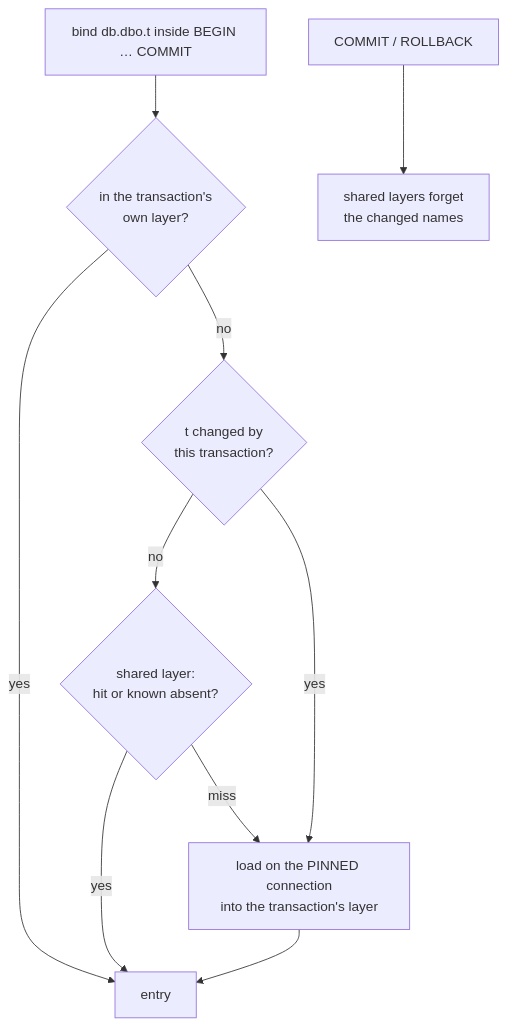
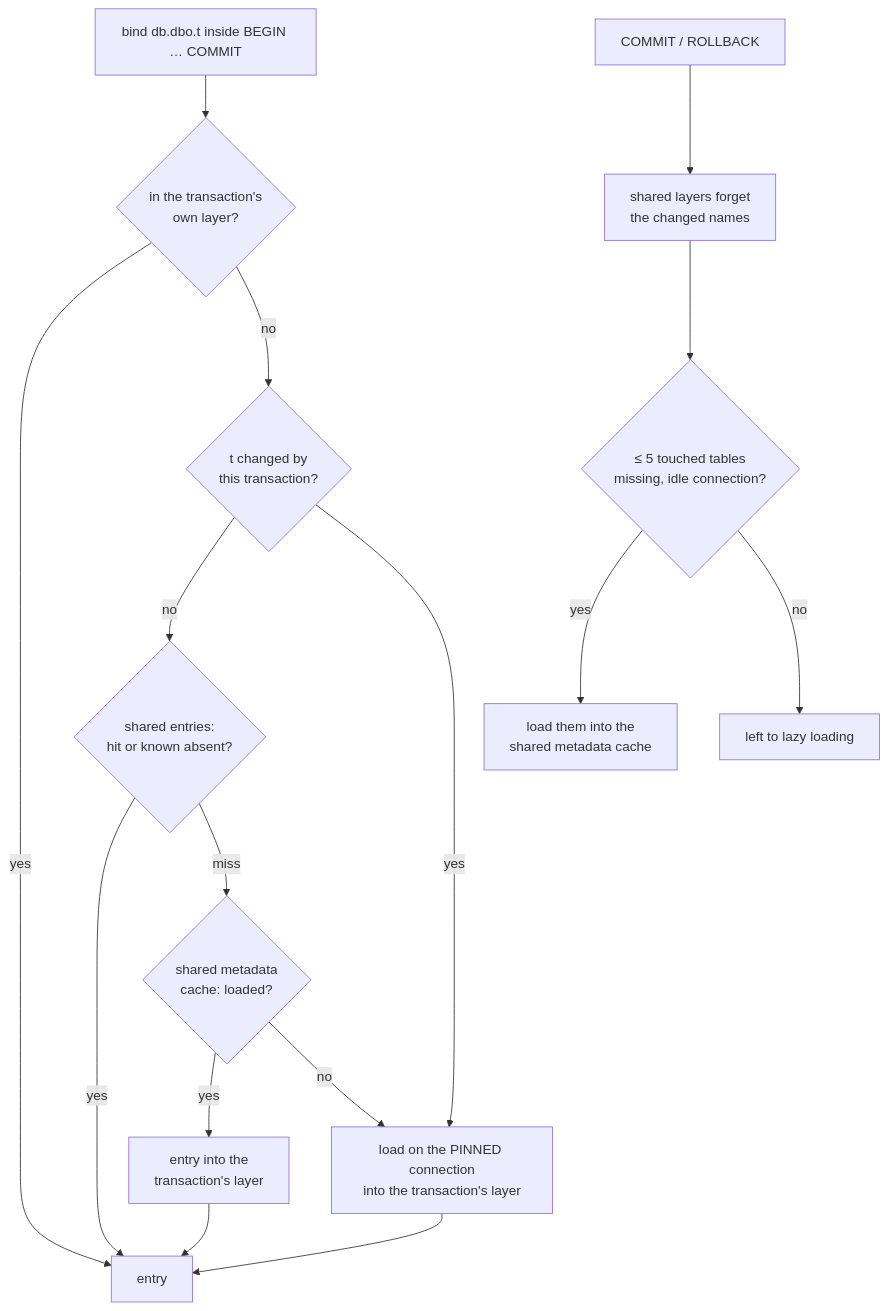
Before and after one commit to hugr-lab/mssql-extension: diagram 11 of 15 in DATAMODEL.md, drawn with Mermaid. The commit also changed other lines of this file and 19 other files, not shown here.

````diff
--- a/DATAMODEL.md
+++ b/DATAMODEL.md
@@ -538,12 +549,18 @@
 ```mermaid
 flowchart TD
     Q["bind db.dbo.t inside BEGIN … COMMIT"] --> L{"in the transaction's<br/>own layer?"}
     L -- yes --> E["entry"]
     L -- no --> C{"t changed by<br/>this transaction?"}
-    C -- no --> S{"shared layer:<br/>hit or known absent?"}
+    C -- no --> S{"shared entries:<br/>hit or known absent?"}
     S -- yes --> E
-    S -- miss --> P
+    S -- miss --> M{"shared metadata<br/>cache: loaded?"}
+    M -- yes --> T["entry into the<br/>transaction's layer"]
+    T --> E
+    M -- no --> P
     C -- yes --> P["load on the PINNED connection<br/>into the transaction's layer"]
     P --> E
     X["COMMIT / ROLLBACK"] --> F["shared layers forget<br/>the changed names"]
+    F --> W{"≤ 5 touched tables<br/>missing, idle connection?"}
+    W -- yes --> G["load them into the<br/>shared metadata cache"]
+    W -- no --> Z["left to lazy loading"]
 ```
````
